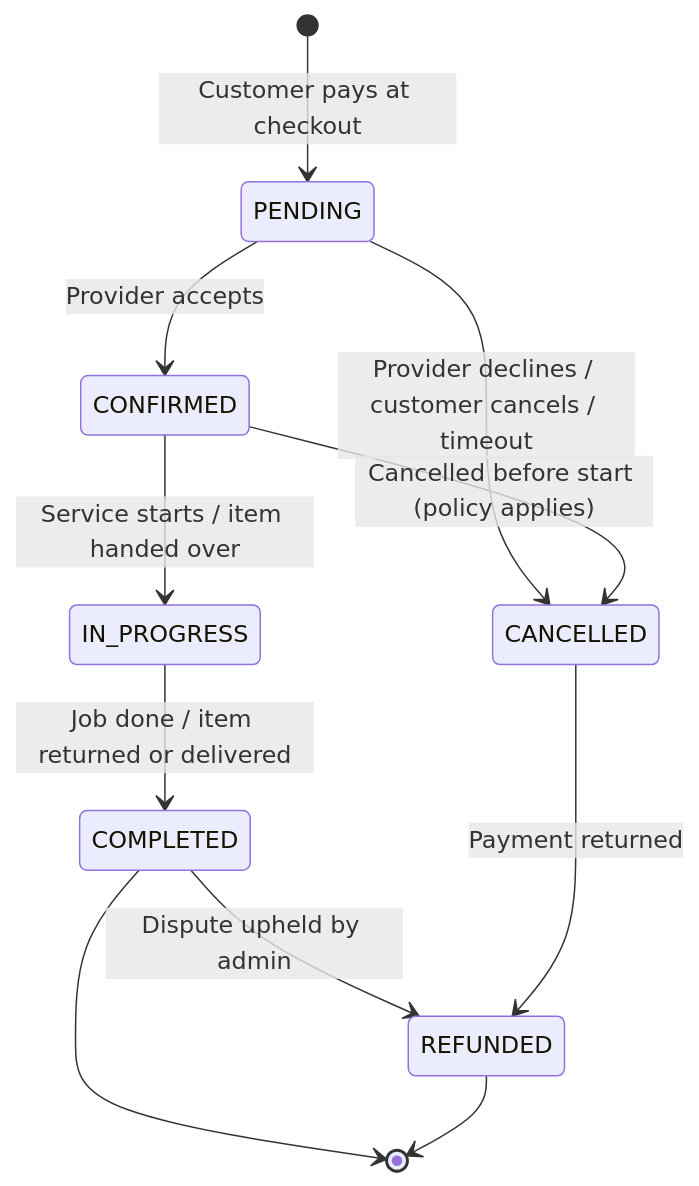
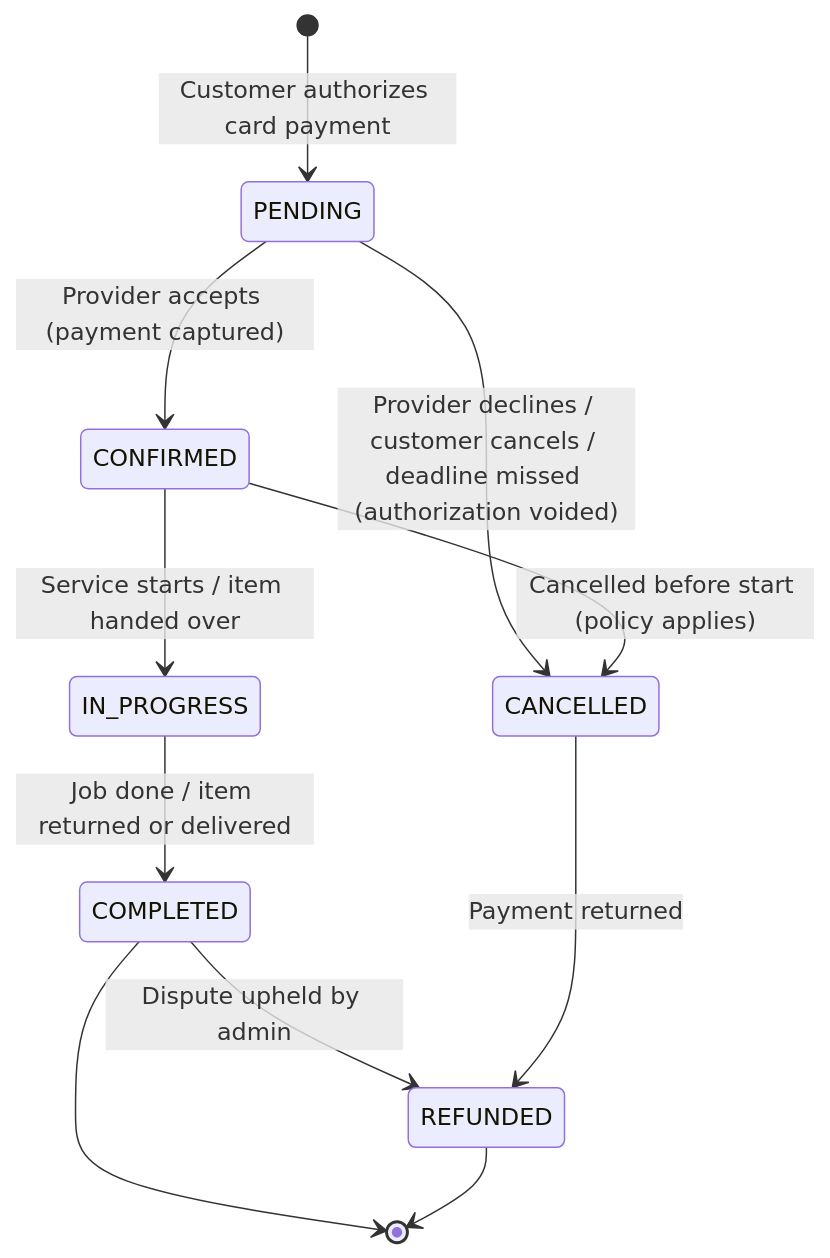
Before and after one commit to asrdjan/lease-platform: the second of 2 diagrams in docs/01-ux-strategy.md, drawn with Mermaid. The commit also changed other lines of this file and 3 other files, not shown here.

Commit message:
docs: record pilot product decisions (D-01..D-09) and align requirements and architecture

````diff
--- a/docs/01-ux-strategy.md
+++ b/docs/01-ux-strategy.md
@@ -240,13 +245,13 @@
 ```mermaid
 stateDiagram-v2
-    [*] --> PENDING: Customer pays at checkout
-    PENDING --> CONFIRMED: Provider accepts
-    PENDING --> CANCELLED: Provider declines / customer cancels / timeout
+    [*] --> PENDING: Customer authorizes card payment
+    PENDING --> CONFIRMED: Provider accepts (payment captured)
+    PENDING --> CANCELLED: Provider declines / customer cancels / deadline missed (authorization voided)
     CONFIRMED --> IN_PROGRESS: Service starts / item handed over
     CONFIRMED --> CANCELLED: Cancelled before start (policy applies)
     IN_PROGRESS --> COMPLETED: Job done / item returned or delivered
     COMPLETED --> REFUNDED: Dispute upheld by admin
     CANCELLED --> REFUNDED: Payment returned
     COMPLETED --> [*]
     REFUNDED --> [*]
 ```
````
